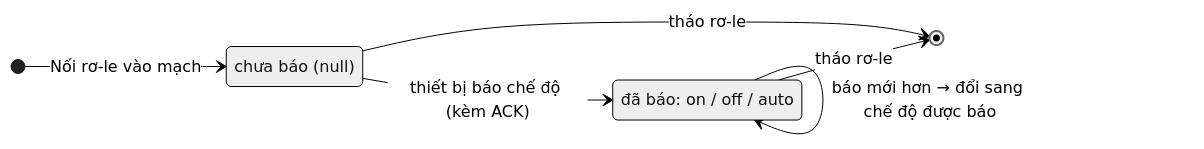
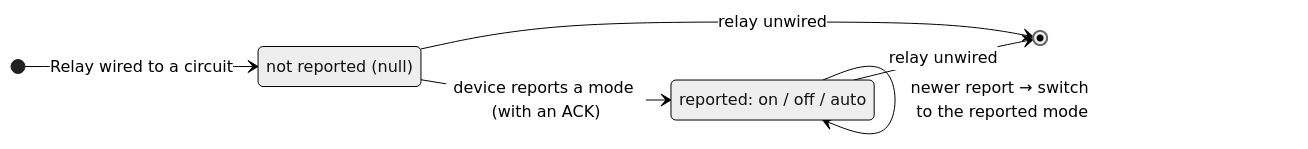
Before and after one commit to LuxMapLabs/luxmap_backend: diagram 13 of 14 in docs/state-machines.md, drawn with Mermaid (neutral theme). The commit also changed other lines of this file and 2 other files, not shown here.

First line of the commit message:
docs(state-machines): translate the state machine diagrams to English

````diff
--- a/docs/state-machines.md
+++ b/docs/state-machines.md
@@ -436,11 +462,11 @@
 ```mermaid
 stateDiagram-v2
     direction LR
-    state "chưa báo (null)" as none
-    state "đã báo: on / off / auto" as reported
-    [*] --> none : Nối rơ-le vào mạch
-    none --> reported : thiết bị báo chế độ (kèm ACK)
-    reported --> reported : báo mới hơn → đổi sang chế độ được báo
-    none --> [*] : tháo rơ-le
-    reported --> [*] : tháo rơ-le
+    state "not reported (null)" as none
+    state "reported: on / off / auto" as reported
+    [*] --> none : Relay wired to a circuit
+    none --> reported : device reports a mode (with an ACK)
+    reported --> reported : newer report → switch to the reported mode
+    none --> [*] : relay unwired
+    reported --> [*] : relay unwired
 ```
````
